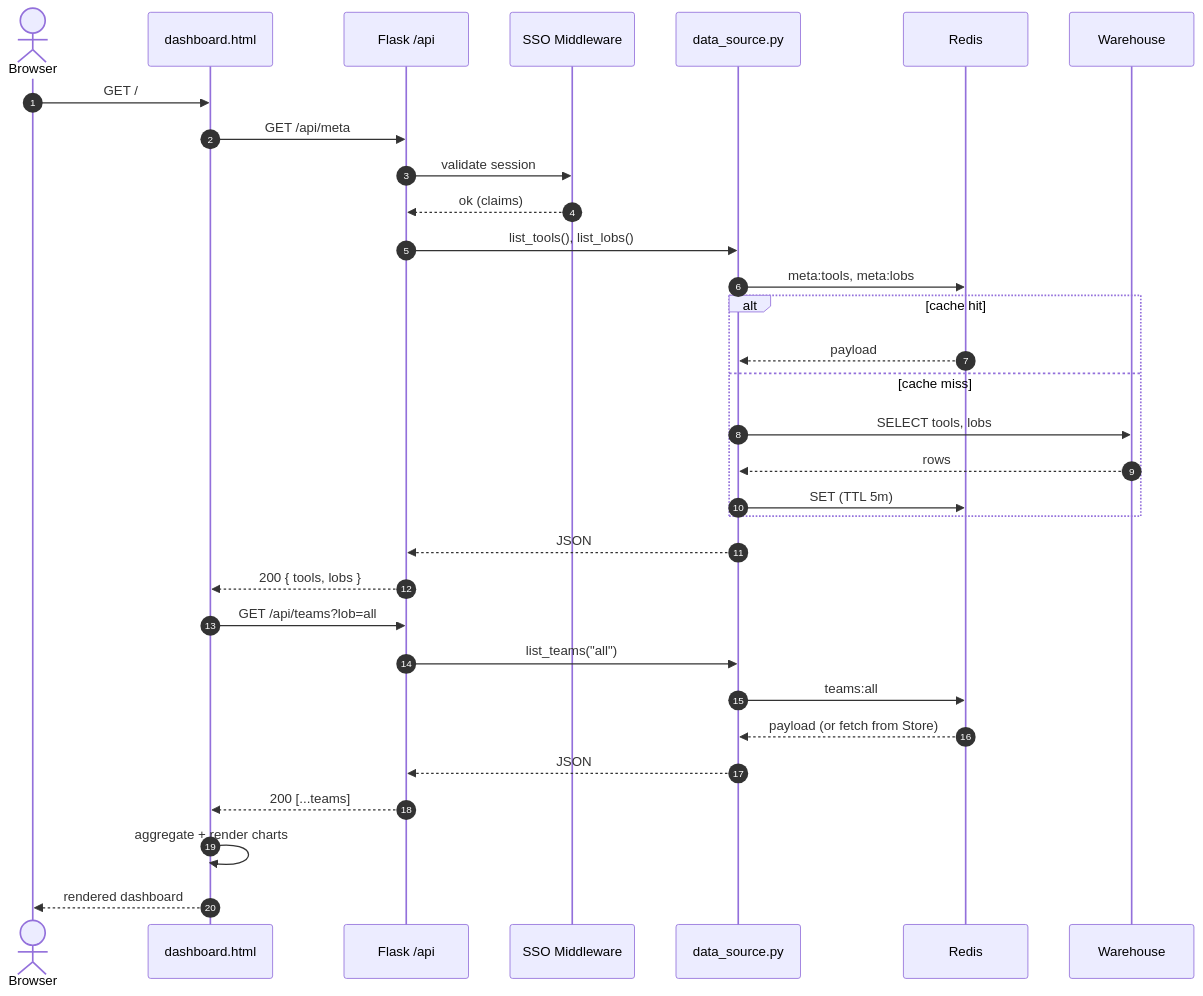
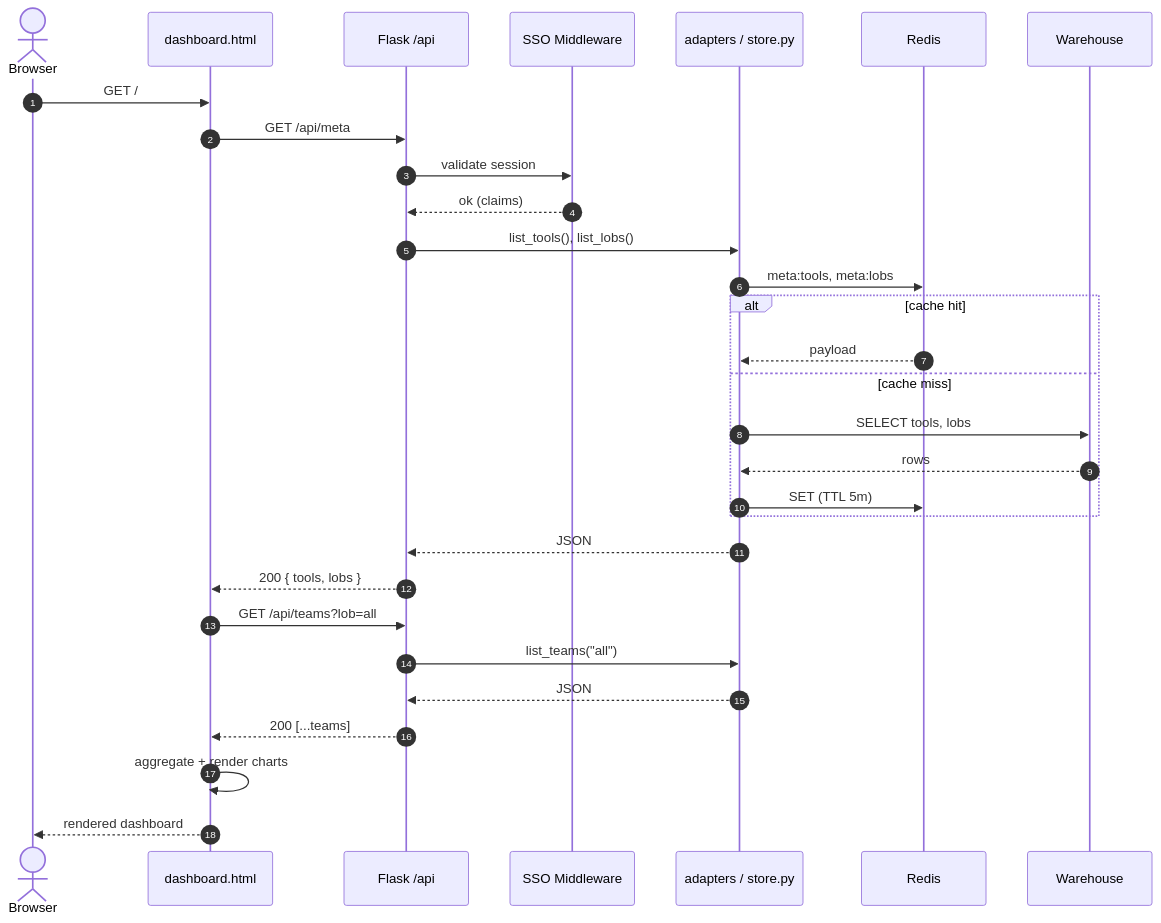
Before and after one commit to skondappa/enterprise-ai-adoption-usage-dashboard: the fourth of 7 diagrams in ARCHITECTURE.md, drawn with Mermaid. The commit also changed other lines of this file, not shown here.

First line of the commit message:
docs: rewrite ARCHITECTURE diagrams for layperson readability

````diff
--- a/ARCHITECTURE.md
+++ b/ARCHITECTURE.md
@@ -81,35 +178,33 @@
 ```mermaid
 sequenceDiagram
     autonumber
     actor User as Browser
     participant UI as dashboard.html
     participant API as Flask /api
     participant Auth as SSO Middleware
-    participant DS as data_source.py
+    participant DS as adapters / store.py
     participant Cache as Redis
     participant Store as Warehouse
 
     User->>UI: GET /
     UI->>API: GET /api/meta
     API->>Auth: validate session
     Auth-->>API: ok (claims)
     API->>DS: list_tools(), list_lobs()
     DS->>Cache: meta:tools, meta:lobs
     alt cache hit
         Cache-->>DS: payload
     else cache miss
         DS->>Store: SELECT tools, lobs
         Store-->>DS: rows
         DS->>Cache: SET (TTL 5m)
     end
     DS-->>API: JSON
     API-->>UI: 200 { tools, lobs }
     UI->>API: GET /api/teams?lob=all
     API->>DS: list_teams("all")
-    DS->>Cache: teams:all
-    Cache-->>DS: payload (or fetch from Store)
     DS-->>API: JSON
     API-->>UI: 200 [...teams]
     UI->>UI: aggregate + render charts
     UI-->>User: rendered dashboard
 ```
````
